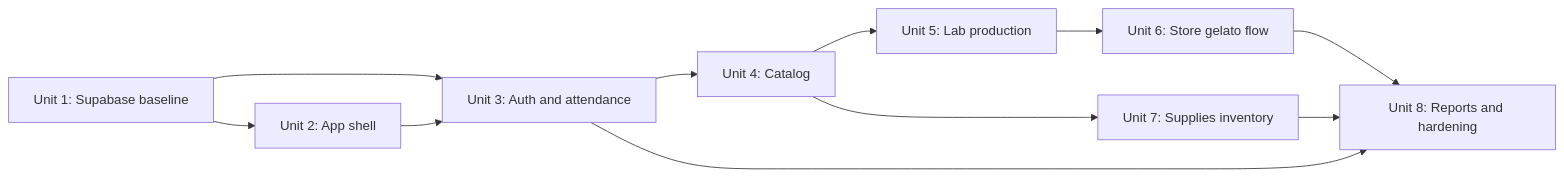
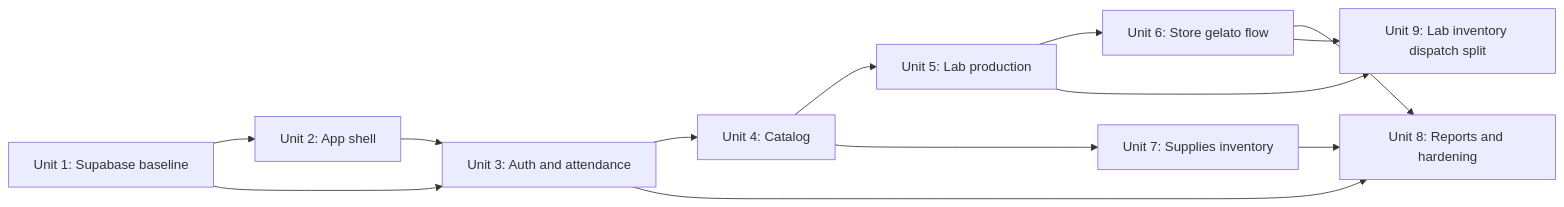
The second of 2 diagrams in docs/plans/2026-05-21-001-feat-operations-first-mvp-plan.md (abourai2809/snowy), drawn with Mermaid before and after one commit. The commit also changed other lines of this file and 1 other file, not shown here.

Commit message:
docs: capture lab inventory and EOD weight update

````diff
--- a/docs/plans/2026-05-21-001-feat-operations-first-mvp-plan.md
+++ b/docs/plans/2026-05-21-001-feat-operations-first-mvp-plan.md
@@ -439,13 +483,15 @@
 ```mermaid
 flowchart LR
   U1["Unit 1: Supabase baseline"] --> U2["Unit 2: App shell"]
   U1 --> U3["Unit 3: Auth and attendance"]
   U2 --> U3
   U3 --> U4["Unit 4: Catalog"]
   U4 --> U5["Unit 5: Lab production"]
   U5 --> U6["Unit 6: Store gelato flow"]
   U4 --> U7["Unit 7: Supplies inventory"]
   U6 --> U8["Unit 8: Reports and hardening"]
   U7 --> U8
   U3 --> U8
+  U5 --> U9["Unit 9: Lab inventory dispatch split"]
+  U6 --> U9
 ```
````
